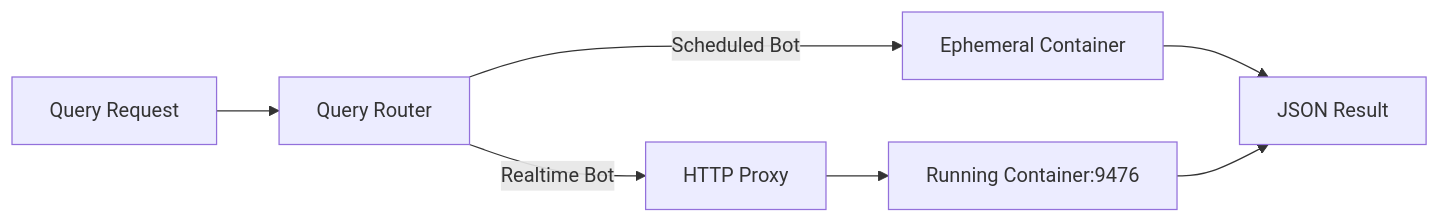
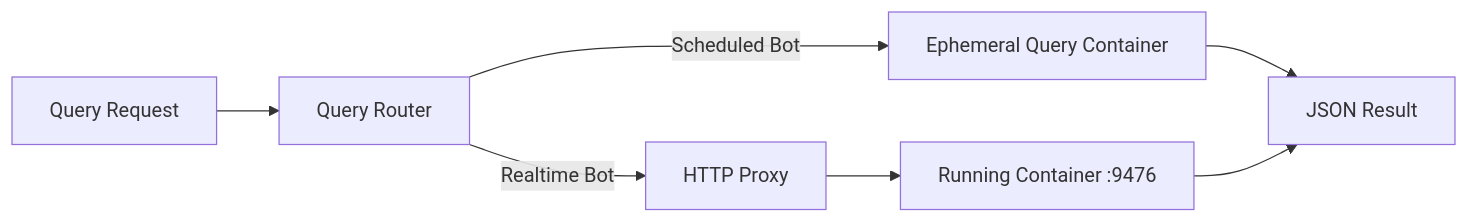
Before and after one commit to alexanderwanyoike/the0: the second of 2 diagrams in docs/runtime/index.md, drawn with Mermaid. The commit also changed 3 other files, not shown here.

First line of the commit message:
docs: Show query subprocess and ephemeral containers in diagrams

````diff
--- a/docs/runtime/index.md
+++ b/docs/runtime/index.md
@@ -60,9 +60,9 @@
 ```mermaid
 flowchart LR
     API["Query Request"] --> Router["Query Router"]
     Router -->|Realtime Bot| Proxy["HTTP Proxy"]
-    Router -->|Scheduled Bot| Ephemeral["Ephemeral Container"]
-    Proxy --> Container["Running Container:9476"]
+    Router -->|Scheduled Bot| Ephemeral["Ephemeral Query Container"]
+    Proxy --> Container["Running Container :9476"]
     Ephemeral --> Result["JSON Result"]
     Container --> Result
 ```
````
